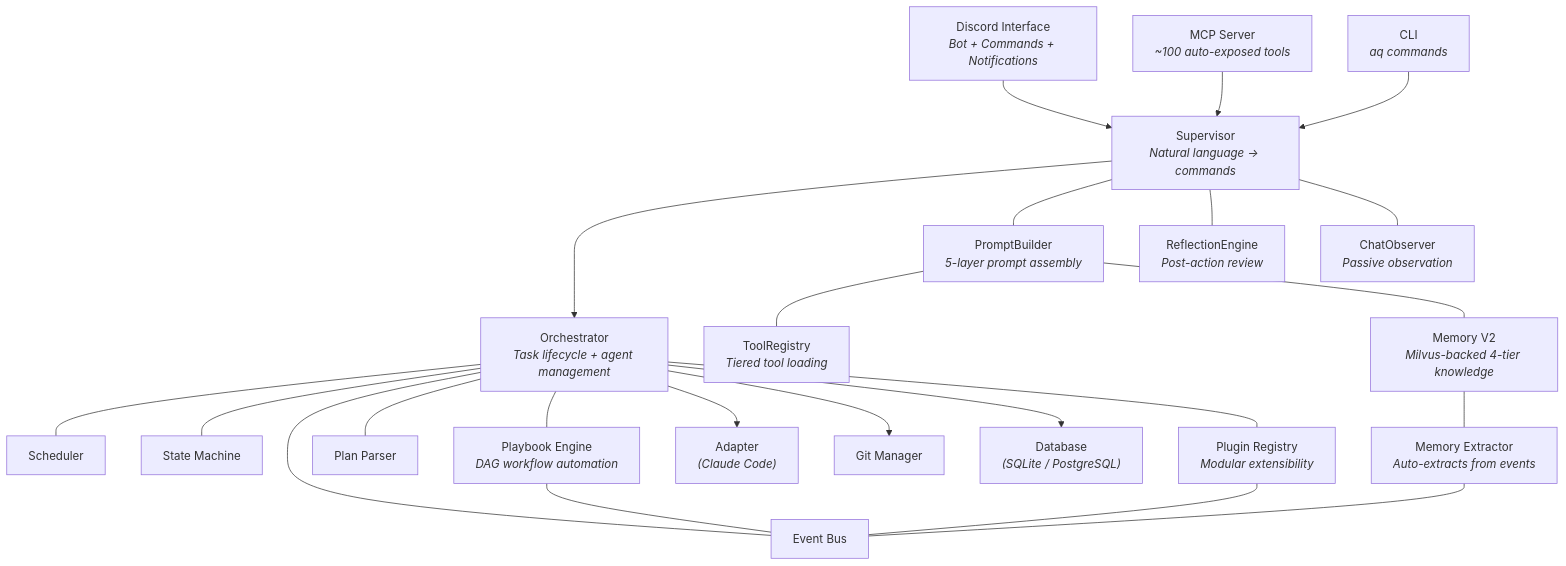
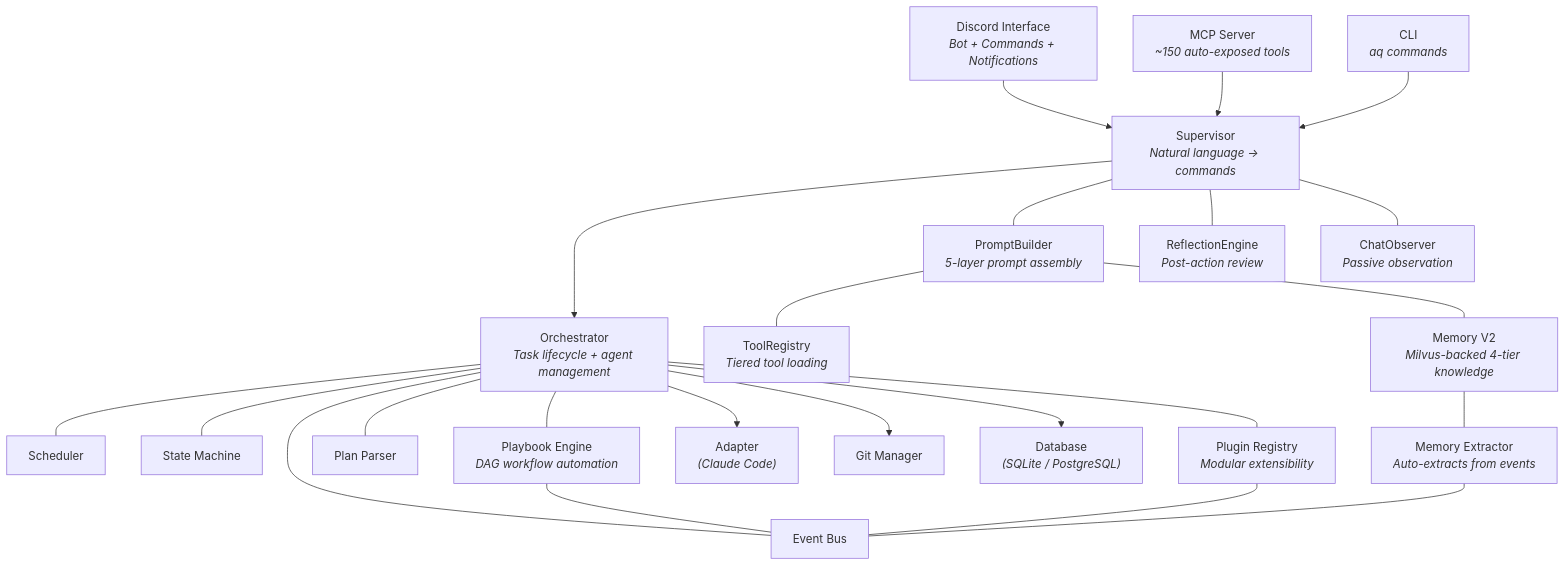
Before and after one commit to darcyle/agent-queue: the diagram in docs/guides/architecture.md, drawn with Mermaid. The commit also changed other lines of this file, not shown here.

Commit message:
Update tool count to ~150 in architecture guide

````diff
--- a/docs/guides/architecture.md
+++ b/docs/guides/architecture.md
@@ -13,45 +13,45 @@
 ```mermaid
 graph TD
     Discord["Discord Interface<br/><i>Bot + Commands + Notifications</i>"]
-    MCP["MCP Server<br/><i>~100 auto-exposed tools</i>"]
+    MCP["MCP Server<br/><i>~150 auto-exposed tools</i>"]
     CLI["CLI<br/><i>aq commands</i>"]
     Supervisor["Supervisor<br/><i>Natural language → commands</i>"]
     PB["PromptBuilder<br/><i>5-layer prompt assembly</i>"]
     TR["ToolRegistry<br/><i>Tiered tool loading</i>"]
     Reflect["ReflectionEngine<br/><i>Post-action review</i>"]
     ChatObs["ChatObserver<br/><i>Passive observation</i>"]
     Orch["Orchestrator<br/><i>Task lifecycle + agent management</i>"]
     Sched[Scheduler]
     SM[State Machine]
     EB[Event Bus]
     PP[Plan Parser]
     Playbooks["Playbook Engine<br/><i>DAG workflow automation</i>"]
     Plugins["Plugin Registry<br/><i>Modular extensibility</i>"]
     Adapter["Adapter<br/><i>(Claude Code)</i>"]
     Git["Git Manager"]
     DB["Database<br/><i>(SQLite / PostgreSQL)</i>"]
     Memory["Memory V2<br/><i>Milvus-backed 4-tier knowledge</i>"]
     Extractor["Memory Extractor<br/><i>Auto-extracts from events</i>"]
 
     Discord --> Supervisor --> Orch
     MCP --> Supervisor
     CLI --> Supervisor
     Supervisor --- PB
     Supervisor --- Reflect
     Supervisor --- ChatObs
     PB --- TR
     PB --- Memory
     Orch --- Sched
     Orch --- SM
     Orch --- EB
     Orch --- PP
     Orch --- Playbooks
     Orch --> Adapter
     Orch --> Git
     Orch --> DB
     Orch --- Plugins
     Memory --- Extractor
     Extractor --- EB
     Playbooks --- EB
     Plugins --- EB
 ```
````
